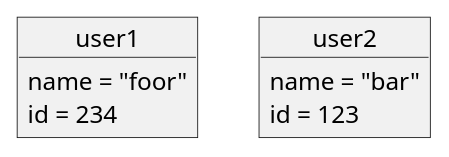
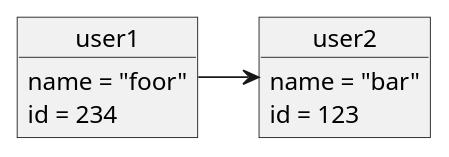
One commit to sumyfly/myUml changed the diagram in src/object.wsd. Above: the diagram before and after it, drawn with PlantUML. The commit also changed 3 other files, not shown here.

```diff
--- a/src/object.wsd
+++ b/src/object.wsd
@@ -1,10 +1,11 @@
 @startuml o1
 object user1 {
   name = "foor"
   id = 234
 }
 object user2 {
   name = "bar"
   id = 123
 }
+user1 -> user2
 @enduml
```
